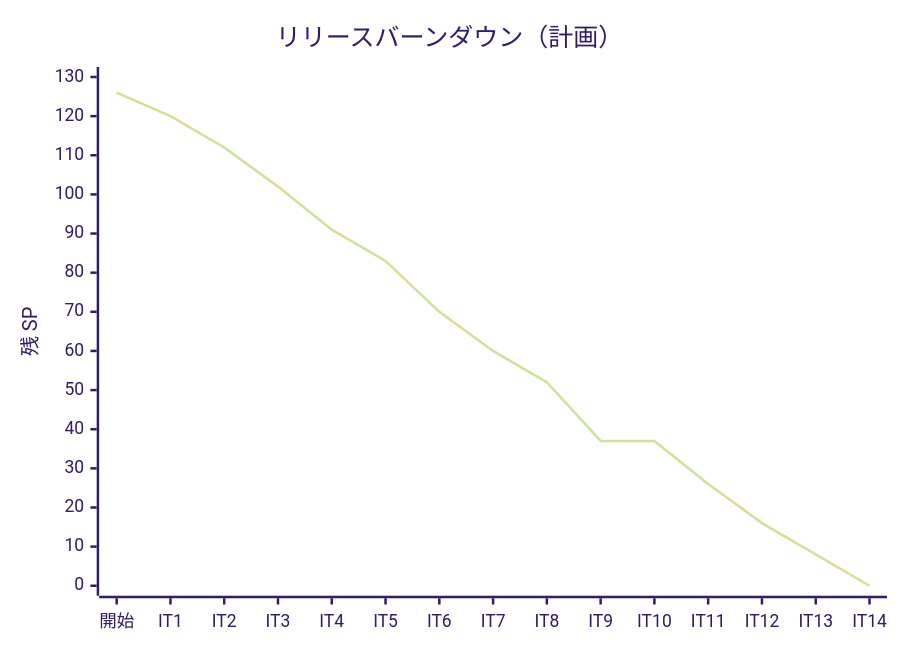
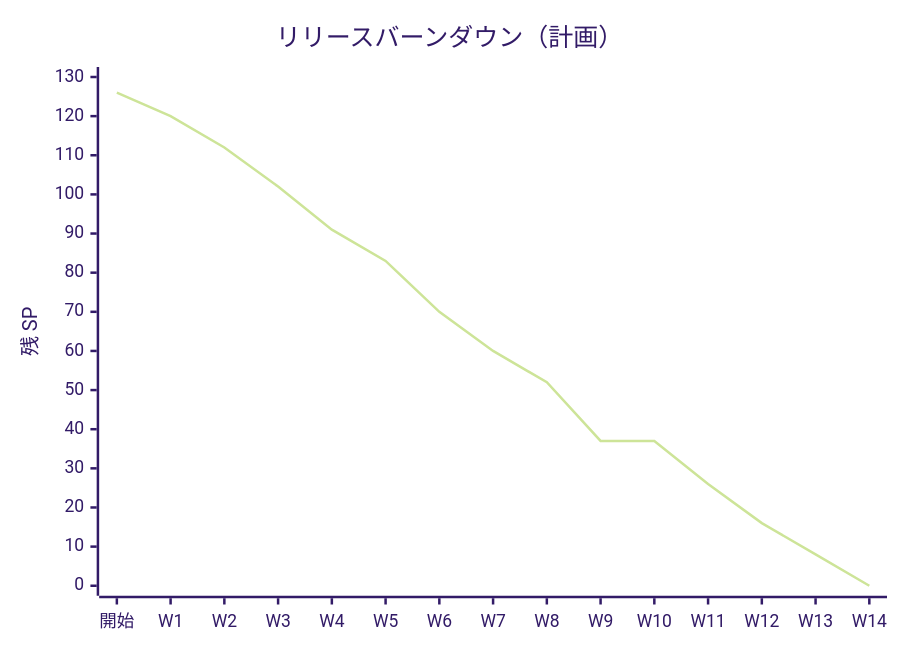
The second of 2 diagrams in docs/development/cargo-tracker/release_plan.md (k2works/practical-domain-driven-design-in-enterpris-application), drawn with Mermaid (forest theme) before and after one commit. The commit also changed other lines of this file and 5 other files, not shown here.

````diff
--- a/docs/development/cargo-tracker/release_plan.md
+++ b/docs/development/cargo-tracker/release_plan.md
@@ -503,7 +513,7 @@
 ```mermaid
 xychart-beta
     title "リリースバーンダウン（計画）"
-    x-axis ["開始", "IT1", "IT2", "IT3", "IT4", "IT5", "IT6", "IT7", "IT8", "IT9", "IT10", "IT11", "IT12", "IT13", "IT14"]
+    x-axis ["開始", "W1", "W2", "W3", "W4", "W5", "W6", "W7", "W8", "W9", "W10", "W11", "W12", "W13", "W14"]
     y-axis "残 SP" 0 --> 130
     line [126, 120, 112, 102, 91, 83, 70, 60, 52, 37, 37, 26, 16, 8, 0]
 ```
````
